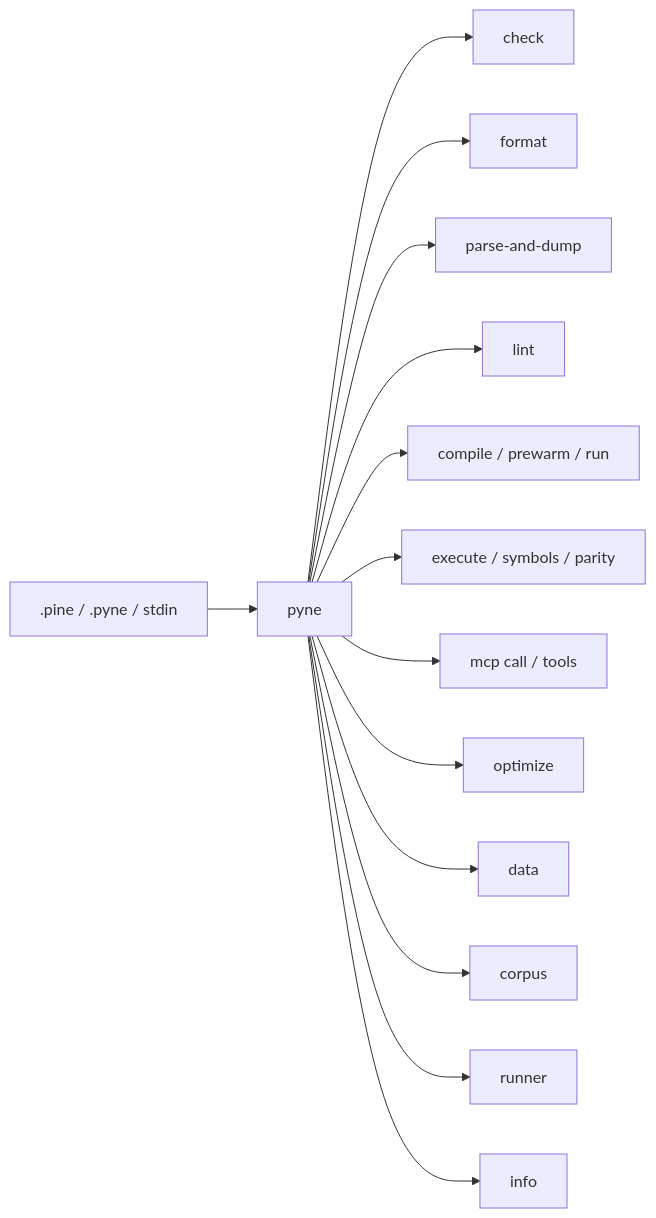
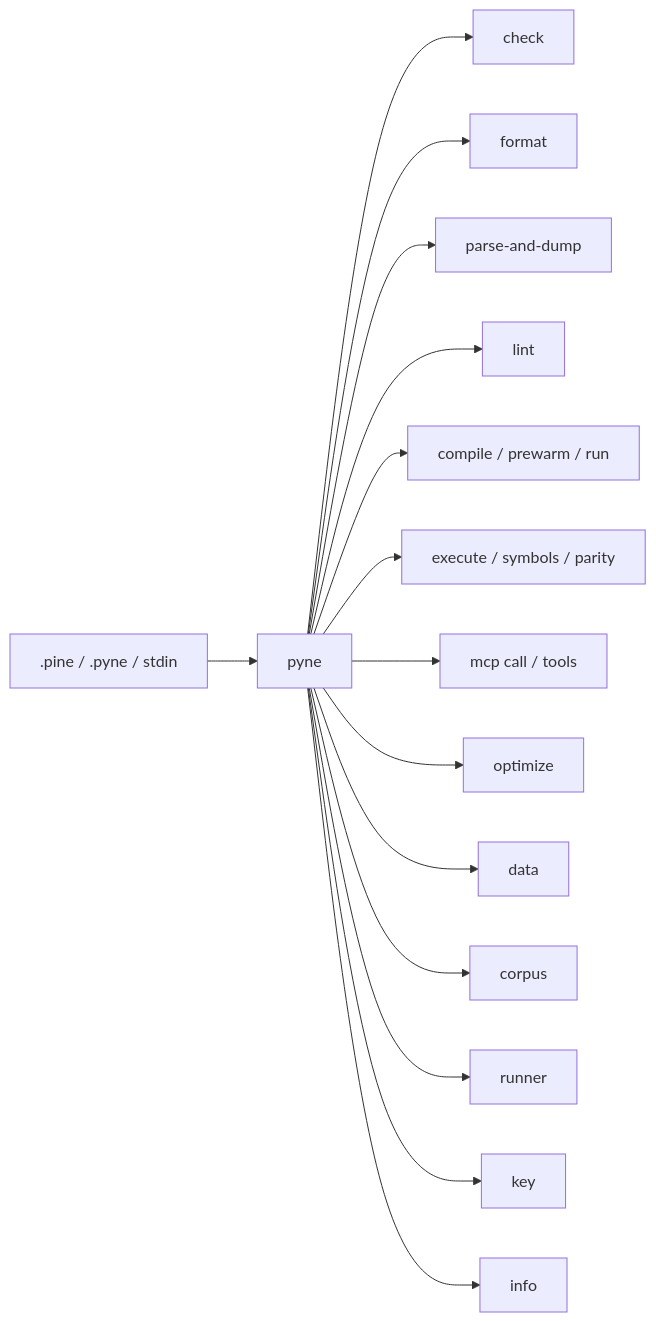
The diagram in docs/pyne/enduser/guides/cli.mdx (hoox-sh/pyne), drawn with Mermaid before and after one commit. The commit also changed other lines of this file and 6 other files, not shown here.

````diff
--- a/docs/pyne/enduser/guides/cli.mdx
+++ b/docs/pyne/enduser/guides/cli.mdx
@@ -51,16 +51,17 @@
 ```mermaid
 flowchart LR
   F[.pine / .pyne / stdin] --> C[pyne]
   C --> CH[check]
   C --> FMT[format]
   C --> D[parse-and-dump]
   C --> L[lint]
   C --> CO[compile / prewarm / run]
   C --> EX[execute / symbols / parity]
   C --> MCP[mcp call / tools]
   C --> OPT[optimize]
   C --> M[data]
   C --> CORP[corpus]
   C --> RN[runner]
+  C --> K[key]
   C --> I[info]
 ```
````
